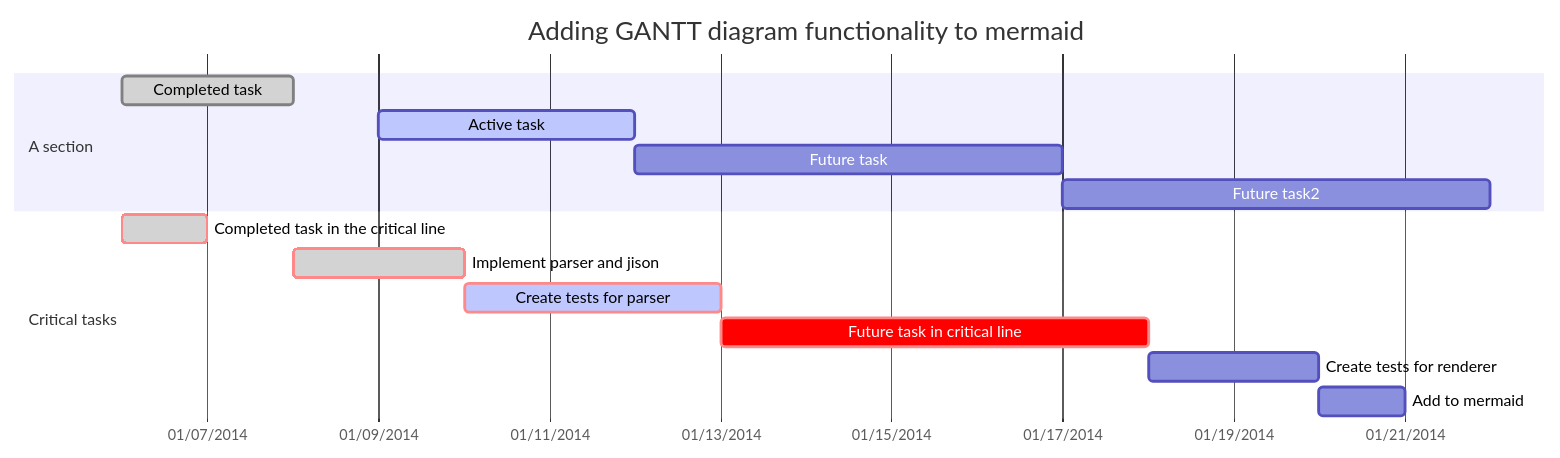
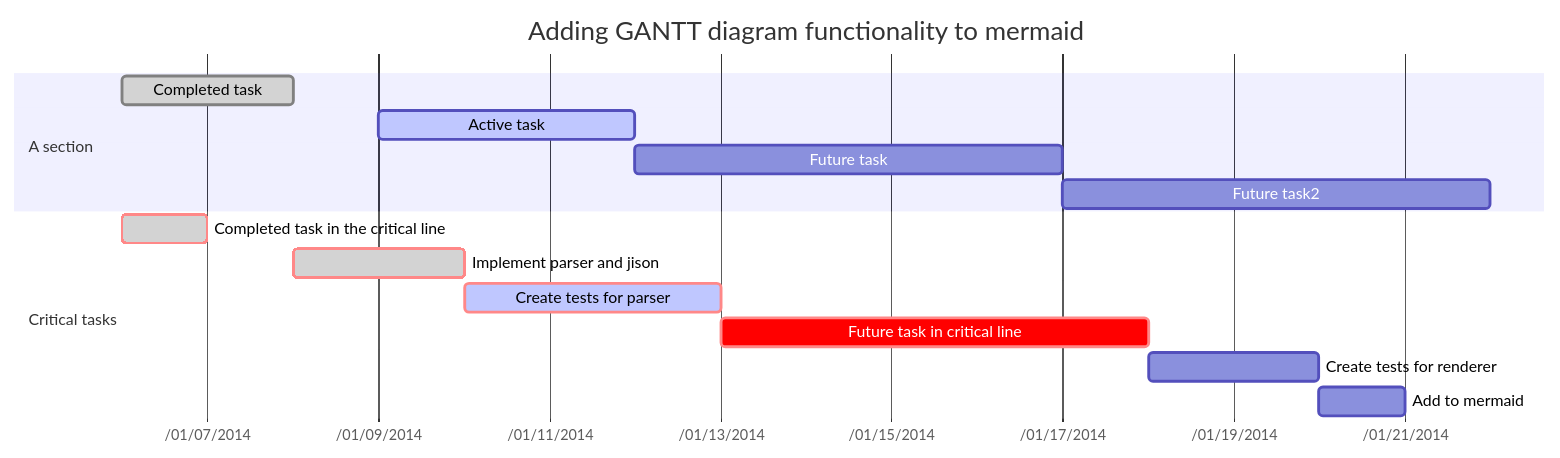
Before and after one commit to montanus2019/montanus2019.github.io: the third of 3 diagrams in _posts/2019-01-08-computer-解决流程图支持问题.md, drawn with Mermaid. The commit also changed other lines of this file, not shown here.

Commit message:
甘特图x轴格式

```diff
--- a/_posts/2019-01-08-computer-解决流程图支持问题.md
+++ b/_posts/2019-01-08-computer-解决流程图支持问题.md
@@ -112,18 +112,18 @@
 <div class="mermaid">
 gantt 
         dateFormat YYYY-MM-DD 
-        axisFormat %m/%d/%Y
+        axisFormat /%m/%d/%Y
         title Adding GANTT diagram functionality to mermaid 
         section A section 
         Completed task :done, des1, 2014-01-06,2014-01-08 
         Active task :active, des2, 2014-01-09, 3d 
         Future task : des3, after des2, 5d 
         Future task2 : des4, after des3, 5d 
         section Critical tasks 
         Completed task in the critical line :crit, done, 2014-01-06,24h 
         Implement parser and jison :crit, done, after des1, 2d 
         Create tests for parser :crit, active, 3d 
         Future task in critical line :crit, 5d 
         Create tests for renderer :2d 
         Add to mermaid :1d
 </div>
```
